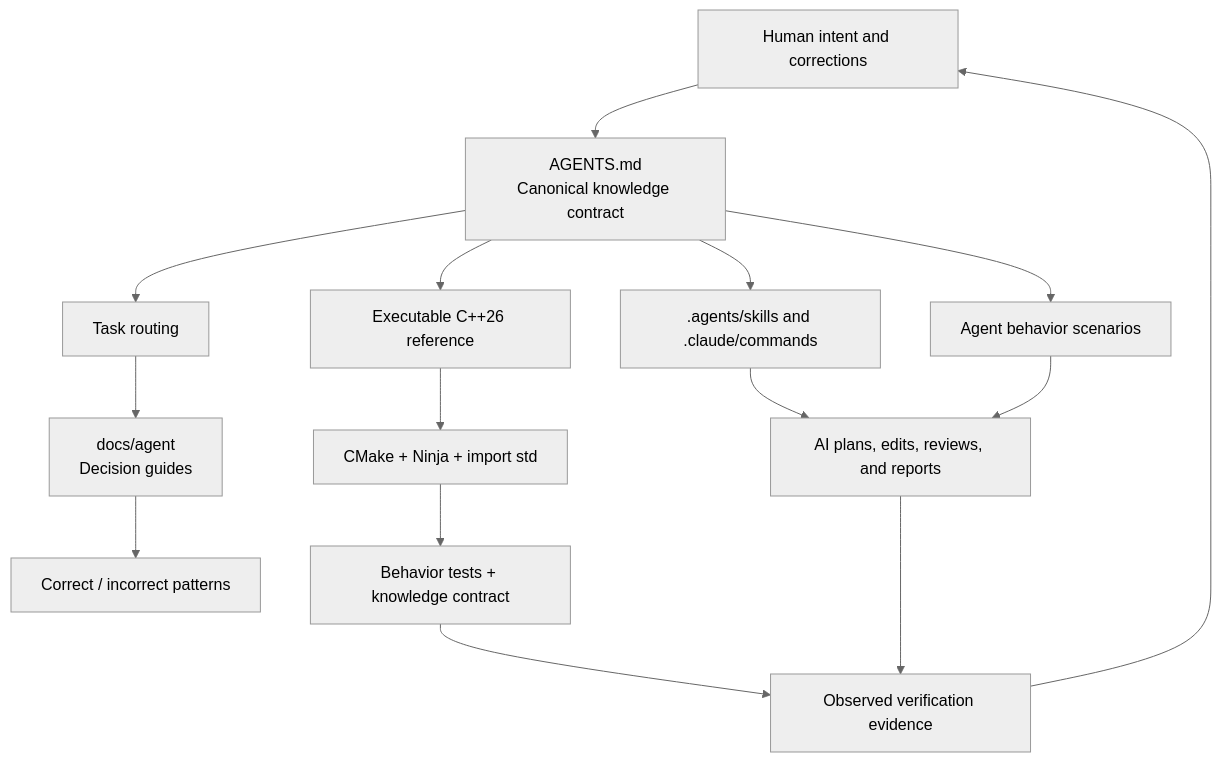
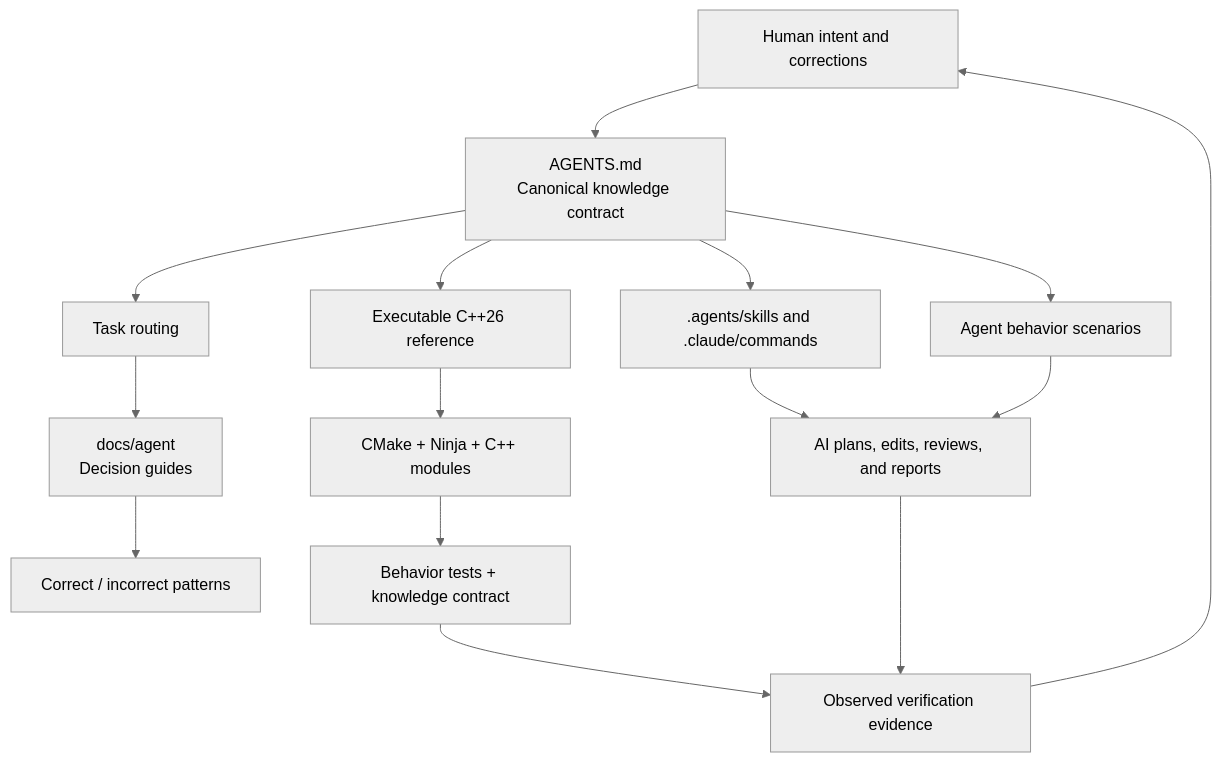
One commit to thecompez/ai-for-modern-cpp changed the diagram in README.md. Above: the diagram before and after it, drawn with Mermaid (neutral theme). The commit also changed other lines of this file and 33 other files, not shown here.

````diff
--- a/README.md
+++ b/README.md
@@ -22,22 +22,22 @@
 ```mermaid
 flowchart TB
     Human["Human intent and corrections"] --> Contract["AGENTS.md<br/>Canonical knowledge contract"]
 
     Contract --> Routing["Task routing"]
     Routing --> Guides["docs/agent<br/>Decision guides"]
     Guides --> Patterns["Correct / incorrect patterns"]
 
     Contract --> Workflows[".agents/skills and .claude/commands"]
     Workflows --> Agent["AI plans, edits, reviews, and reports"]
 
     Contract --> Proof["Executable C++26 reference"]
-    Proof --> Build["CMake + Ninja + import std"]
+    Proof --> Build["CMake + Ninja + C++ modules"]
     Build --> Tests["Behavior tests + knowledge contract"]
 
     Contract --> Evals["Agent behavior scenarios"]
     Evals --> Agent
 
     Tests --> Evidence["Observed verification evidence"]
     Agent --> Evidence
     Evidence --> Human
 ```
````
